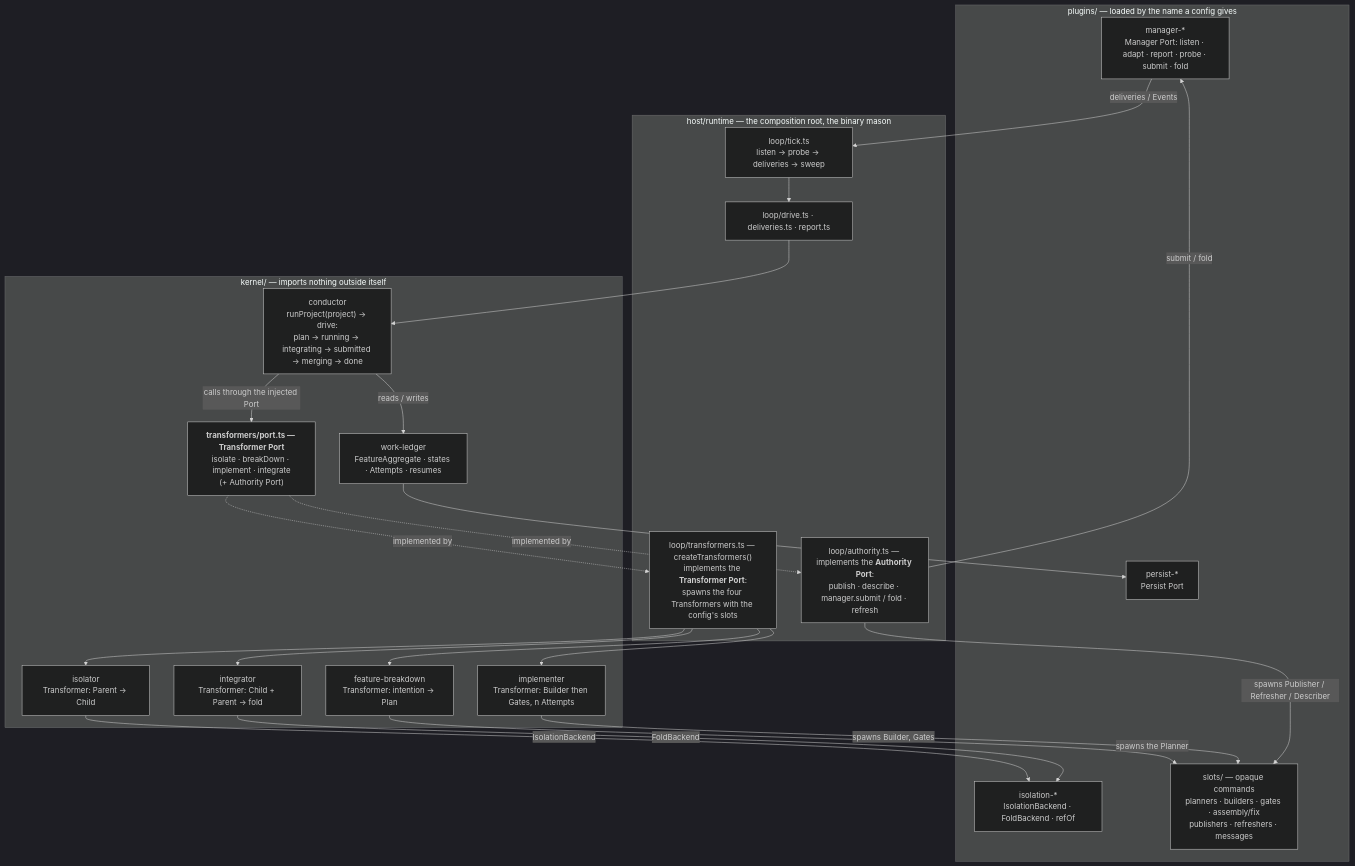
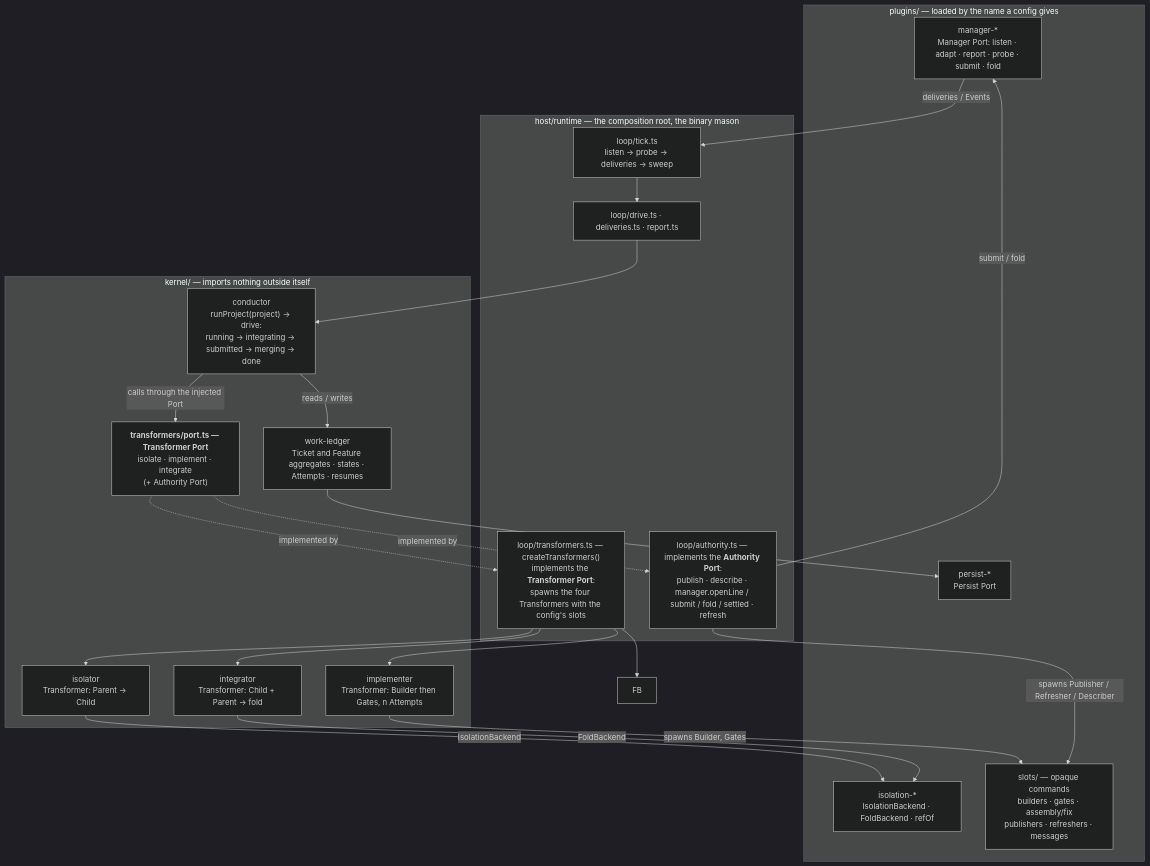
The diagram in docs/ARCHITECTURE.md (tilap/bluewombat), drawn with Mermaid (dark theme) before and after one commit. The commit also changed other lines of this file and 316 other files, not shown here.

First line of the commit message:
feat!: feature tracker and ticket tracker apart, configurable labels, mason explain (0.9.0)

````diff
--- a/docs/ARCHITECTURE.md
+++ b/docs/ARCHITECTURE.md
@@ -24,41 +24,39 @@
 ```mermaid
 flowchart TB
   subgraph Plugins["plugins/ — loaded by the name a config gives"]
     MG["manager-*<br/>Manager Port: listen · adapt · report · probe · submit · fold"]
     IG["isolation-*<br/>IsolationBackend · FoldBackend · refOf"]
     PF["persist-*<br/>Persist Port"]
-    SL["slots/ — opaque commands<br/>planners · builders · gates · assembly/fix<br/>publishers · refreshers · messages"]
+    SL["slots/ — opaque commands<br/>builders · gates · assembly/fix<br/>publishers · refreshers · messages"]
   end
 
   subgraph Host["host/runtime — the composition root, the binary mason"]
     TICK["loop/tick.ts<br/>listen → probe → deliveries → sweep"]
     DRV["loop/drive.ts · deliveries.ts · report.ts"]
     TR["loop/transformers.ts — createTransformers()<br/>implements the <b>Transformer Port</b>:<br/>spawns the four Transformers with the config's slots"]
-    AU["loop/authority.ts — implements the <b>Authority Port</b>:<br/>publish · describe · manager.submit / fold · refresh"]
+    AU["loop/authority.ts — implements the <b>Authority Port</b>:<br/>publish · describe · manager.openLine / submit / fold / settled · refresh"]
   end
 
   subgraph Kernel["kernel/ — imports nothing outside itself"]
-    CO["conductor<br/>runProject(project) → drive:<br/>plan → running → integrating → submitted → merging → done"]
-    TP["<b>transformers/port.ts — Transformer Port</b><br/>isolate · breakDown · implement · integrate<br/>(+ Authority Port)"]
-    WL["work-ledger<br/>FeatureAggregate · states · Attempts · resumes"]
-    FB["feature-breakdown<br/>Transformer: intention → Plan"]
+    CO["conductor<br/>runProject(project) → drive:<br/>running → integrating → submitted → merging → done"]
+    TP["<b>transformers/port.ts — Transformer Port</b><br/>isolate · implement · integrate<br/>(+ Authority Port)"]
+    WL["work-ledger<br/>Ticket and Feature aggregates · states · Attempts · resumes"]
     IS["isolator<br/>Transformer: Parent → Child"]
     IM["implementer<br/>Transformer: Builder then Gates, n Attempts"]
     IN["integrator<br/>Transformer: Child + Parent → fold"]
   end
 
   MG -- "deliveries / Events" --> TICK
   TICK --> DRV --> CO
   CO -- "reads / writes" --> WL
   WL --> PF
   CO -- "calls through the injected Port" --> TP
   TP -. "implemented by" .-> TR
   TP -. "implemented by" .-> AU
   TR --> FB & IS & IM & IN
-  FB -- "spawns the Planner" --> SL
   IM -- "spawns Builder, Gates" --> SL
   IS -- "IsolationBackend" --> IG
   IN -- "FoldBackend" --> IG
   AU -- "spawns Publisher / Refresher / Describer" --> SL
   AU -- "submit / fold" --> MG
 ```
````
